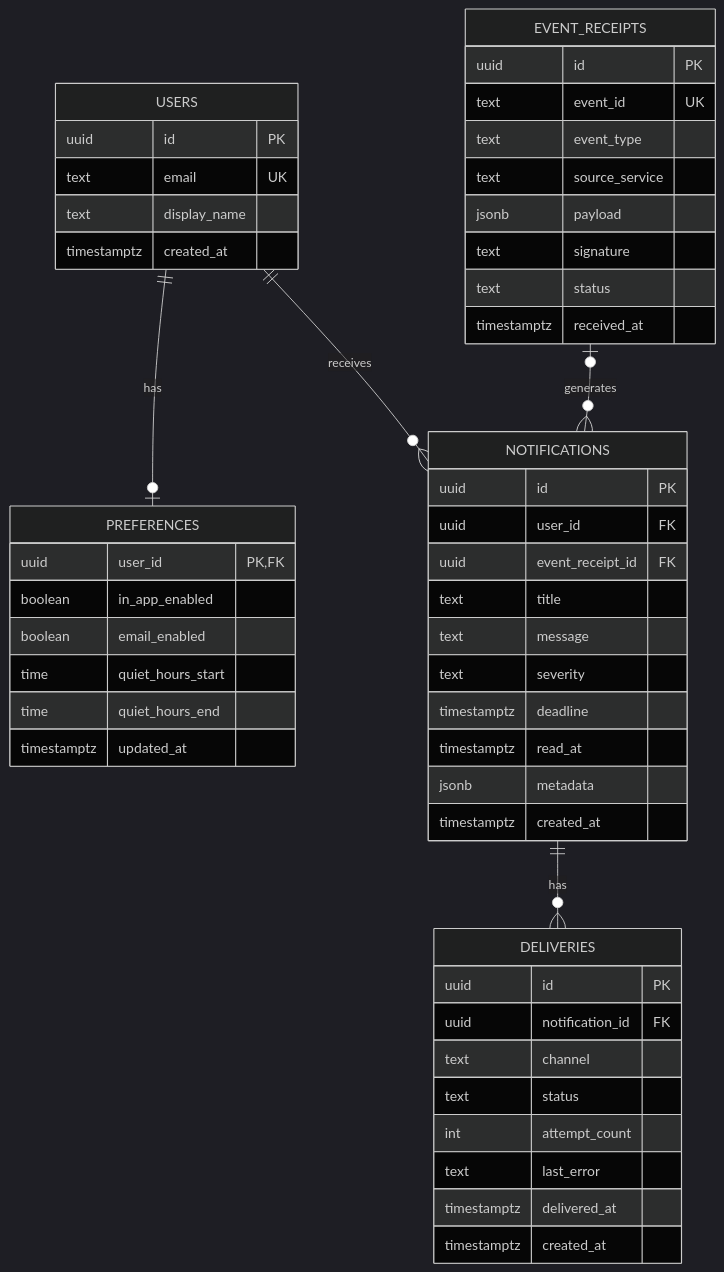
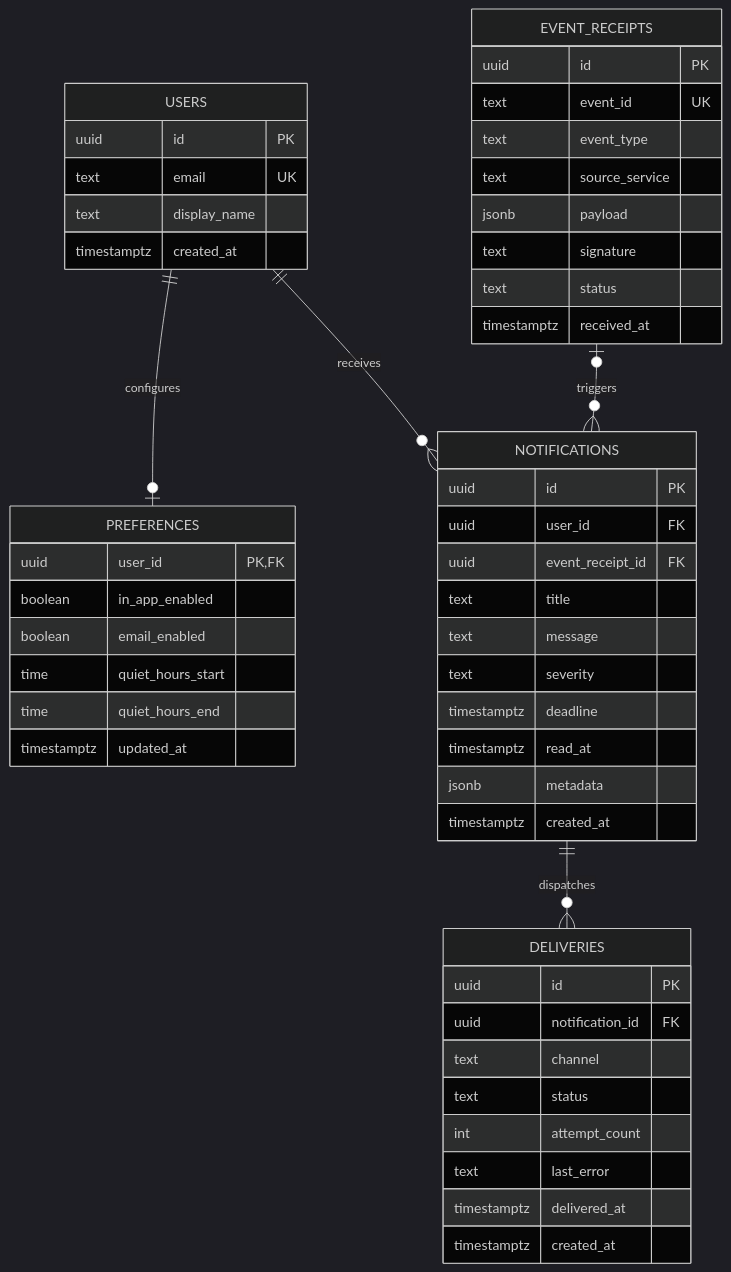
One commit to Pechladda/notification-hub-team20 changed the diagram in README.md. Above: the diagram before and after it, drawn with Mermaid (dark theme). The commit also changed other lines of this file and 1 other file, not shown here.

````diff
--- a/README.md
+++ b/README.md
@@ -186,54 +223,54 @@
 ```mermaid
 erDiagram
-    USERS ||--o| PREFERENCES : has
-    USERS ||--o{ NOTIFICATIONS : receives
-    EVENT_RECEIPTS |o--o{ NOTIFICATIONS : generates
-    NOTIFICATIONS ||--o{ DELIVERIES : has
+    USERS ||--o| PREFERENCES : "configures"
+    USERS ||--o{ NOTIFICATIONS : "receives"
+    EVENT_RECEIPTS |o--o{ NOTIFICATIONS : "triggers"
+    NOTIFICATIONS ||--o{ DELIVERIES : "dispatches"
 
     USERS {
         uuid id PK
         text email UK
         text display_name
         timestamptz created_at
     }
     PREFERENCES {
         uuid user_id PK, FK
         boolean in_app_enabled
         boolean email_enabled
         time quiet_hours_start
         time quiet_hours_end
         timestamptz updated_at
     }
     EVENT_RECEIPTS {
         uuid id PK
         text event_id UK
         text event_type
         text source_service
         jsonb payload
         text signature
         text status
         timestamptz received_at
     }
     NOTIFICATIONS {
         uuid id PK
         uuid user_id FK
         uuid event_receipt_id FK
         text title
         text message
         text severity
         timestamptz deadline
         timestamptz read_at
         jsonb metadata
         timestamptz created_at
     }
     DELIVERIES {
         uuid id PK
         uuid notification_id FK
         text channel
         text status
         int attempt_count
         text last_error
         timestamptz delivered_at
         timestamptz created_at
     }
 ```
````
